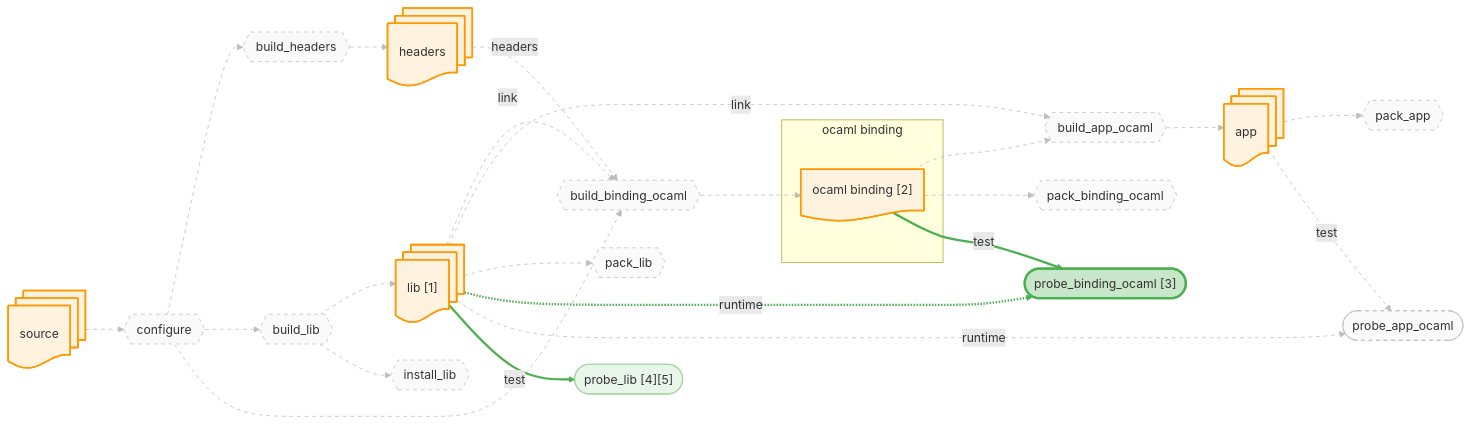
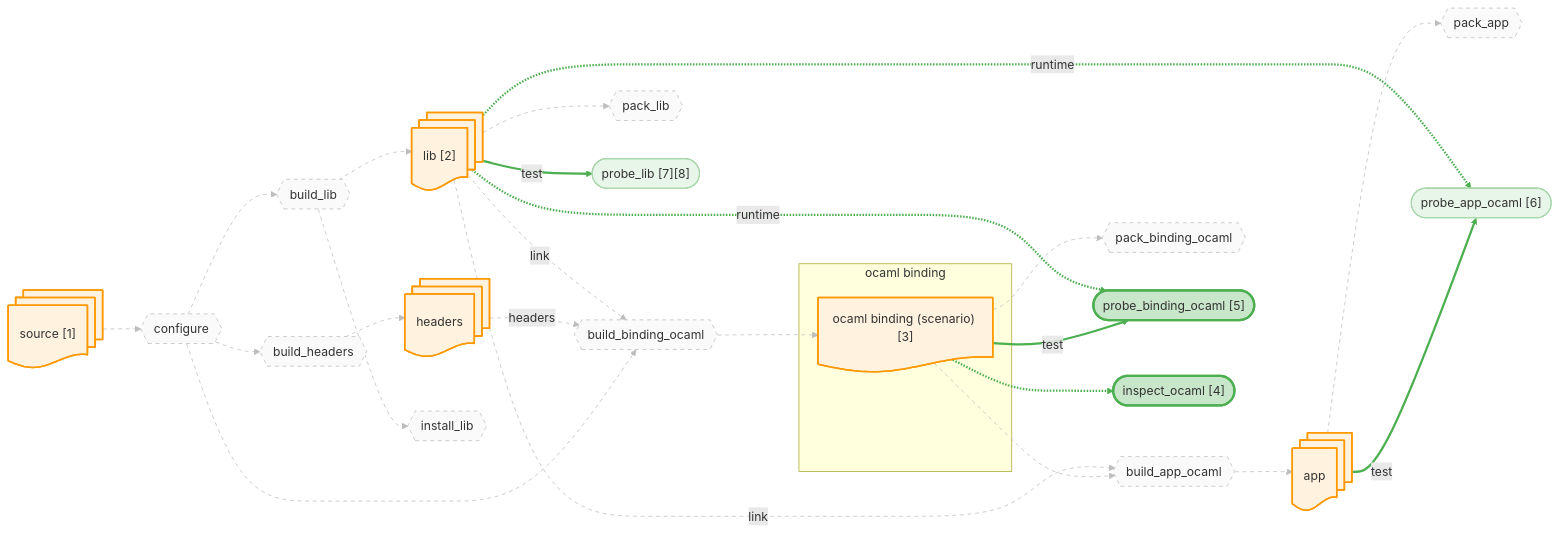
The diagram in docs/canary/projects/ssl/-run/diagrams/binding_ocaml.mmd (JHU-PL-Lab/tola), drawn with Mermaid before and after one commit. The commit also changed 941 other files, not shown here.

```diff
--- a/docs/canary/projects/ssl/-run/diagrams/binding_ocaml.mmd
+++ b/docs/canary/projects/ssl/-run/diagrams/binding_ocaml.mmd
@@ -1,87 +1,91 @@
 %% view: binding_ocaml
 graph LR
-    source_node@{ shape: docs, label: "source" }
+    source_node@{ shape: docs, label: "source [1]" }
     headers_node@{ shape: docs, label: "headers" }
-    lib_node@{ shape: docs, label: "lib [1]" }
+    lib_node@{ shape: docs, label: "lib [2]" }
     app_node@{ shape: docs, label: "app" }
     subgraph ocaml_binding_sg ["ocaml binding"]
-      ocaml_binding_fetch_node@{ shape: doc, label: "ocaml binding [2]" }
+      ocaml_binding_fetch_node@{ shape: doc, label: "ocaml binding (scenario) [3]" }
     end
 
     A_configure{{"configure"}}
     A_build_headers{{"build_headers"}}
     A_build_lib{{"build_lib"}}
     A_build_binding_ocaml{{"build_binding_ocaml"}}
     A_build_app_ocaml{{"build_app_ocaml"}}
     A_install_lib{{"install_lib"}}
     A_pack_binding_ocaml{{"pack_binding_ocaml"}}
     A_pack_lib{{"pack_lib"}}
     A_pack_app{{"pack_app"}}
-    A_probe_binding_ocaml(["probe_binding_ocaml [3]"])
-    A_probe_app_ocaml(["probe_app_ocaml"])
-    A_probe_lib(["probe_lib [4][5]"])
+    A_probe_binding_ocaml(["probe_binding_ocaml [5]"])
+    A_probe_app_ocaml(["probe_app_ocaml [6]"])
+    A_probe_lib(["probe_lib [7][8]"])
+    A_fetch_binding_ocaml_inspect(["inspect_ocaml [4]"])
 
     source_node --> A_configure
     A_configure --> A_build_headers
     A_build_headers --> headers_node
     A_configure --> A_build_lib
     A_build_lib --> lib_node
     A_configure --> A_build_binding_ocaml
     headers_node -.->|headers| A_build_binding_ocaml
     lib_node -.->|link| A_build_binding_ocaml
     A_build_binding_ocaml --> ocaml_binding_fetch_node
     ocaml_binding_fetch_node --> A_build_app_ocaml
     lib_node -.->|link| A_build_app_ocaml
     A_build_app_ocaml --> app_node
     A_build_lib --> A_install_lib
     ocaml_binding_fetch_node --> A_pack_binding_ocaml
     lib_node --> A_pack_lib
     app_node --> A_pack_app
     ocaml_binding_fetch_node -->|test| A_probe_binding_ocaml
     lib_node -.->|runtime| A_probe_binding_ocaml
     app_node -->|test| A_probe_app_ocaml
     lib_node -.->|runtime| A_probe_app_ocaml
     lib_node -->|test| A_probe_lib
+    ocaml_binding_fetch_node -.-> A_fetch_binding_ocaml_inspect
 
     classDef artifact fill:#fff3e0,stroke:#ff9800,stroke-width:2px
     classDef action fill:#f3e5f5,stroke:#9c27b0,stroke-width:2px
     classDef st_done fill:#c8e6c9,stroke:#4caf50,stroke-width:3px
     classDef st_done_ctx fill:#e8f5e9,stroke:#a5d6a7,stroke-width:1.5px
     classDef st_expected_fail fill:#fff9c4,stroke:#f9a825,stroke-width:2px
     classDef st_failed fill:#ffcdd2,stroke:#c62828,stroke-width:2px
     classDef st_skipped fill:#f5f5f5,stroke:#9e9e9e,stroke-dasharray:5
     classDef st_nospec fill:#fafafa,stroke:#bdbdbd,stroke-dasharray:5
     class source_node,headers_node,lib_node,app_node,ocaml_binding_fetch_node artifact
     class A_configure st_nospec
     class A_build_headers st_nospec
     class A_build_lib st_nospec
     class A_build_binding_ocaml st_nospec
     class A_build_app_ocaml st_nospec
     class A_install_lib st_nospec
     class A_pack_binding_ocaml st_nospec
     class A_pack_lib st_nospec
     class A_pack_app st_nospec
     class A_probe_binding_ocaml st_done
-    class A_probe_app_ocaml st_nospec
+    class A_probe_app_ocaml st_done_ctx
     class A_probe_lib st_done_ctx
+    class A_fetch_binding_ocaml_inspect st_done
     linkStyle 0 stroke:#bdbdbd,stroke-width:1px,stroke-dasharray:5
     linkStyle 1 stroke:#bdbdbd,stroke-width:1px,stroke-dasharray:5
     linkStyle 2 stroke:#bdbdbd,stroke-width:1px,stroke-dasharray:5
     linkStyle 3 stroke:#bdbdbd,stroke-width:1px,stroke-dasharray:5
     linkStyle 4 stroke:#bdbdbd,stroke-width:1px,stroke-dasharray:5
     linkStyle 5 stroke:#bdbdbd,stroke-width:1px,stroke-dasharray:5
     linkStyle 6 stroke:#bdbdbd,stroke-width:1px,stroke-dasharray:5
     linkStyle 7 stroke:#bdbdbd,stroke-width:1px,stroke-dasharray:5
     linkStyle 8 stroke:#bdbdbd,stroke-width:1px,stroke-dasharray:5
     linkStyle 9 stroke:#bdbdbd,stroke-width:1px,stroke-dasharray:5
     linkStyle 10 stroke:#bdbdbd,stroke-width:1px,stroke-dasharray:5
     linkStyle 11 stroke:#bdbdbd,stroke-width:1px,stroke-dasharray:5
     linkStyle 12 stroke:#bdbdbd,stroke-width:1px,stroke-dasharray:5
     linkStyle 13 stroke:#bdbdbd,stroke-width:1px,stroke-dasharray:5
     linkStyle 14 stroke:#bdbdbd,stroke-width:1px,stroke-dasharray:5
     linkStyle 15 stroke:#bdbdbd,stroke-width:1px,stroke-dasharray:5
     linkStyle 16 stroke:#4caf50,stroke-width:3px
     linkStyle 17 stroke:#4caf50,stroke-width:3px
-    linkStyle 18 stroke:#bdbdbd,stroke-width:1px,stroke-dasharray:5
-    linkStyle 19 stroke:#bdbdbd,stroke-width:1px,stroke-dasharray:5
+    linkStyle 18 stroke:#4caf50,stroke-width:3px
+    linkStyle 19 stroke:#4caf50,stroke-width:3px
     linkStyle 20 stroke:#4caf50,stroke-width:3px
+    linkStyle 21 stroke:#4caf50,stroke-width:3px
```
